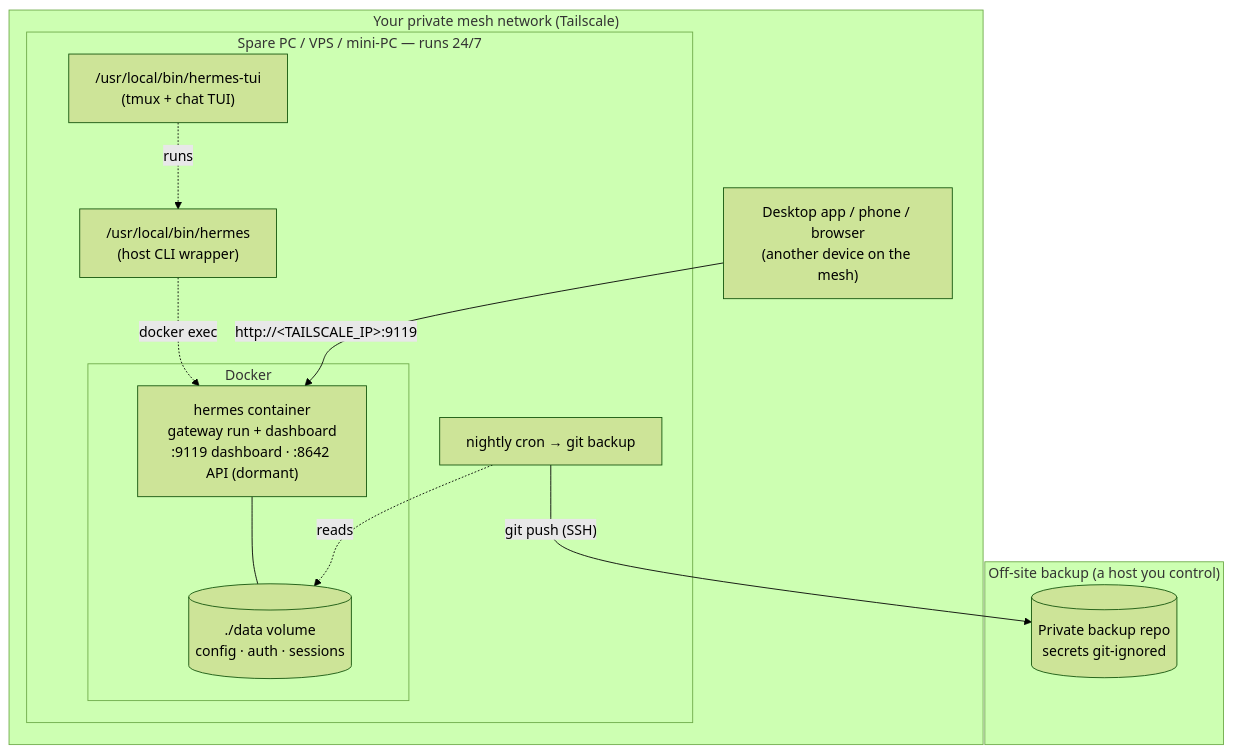
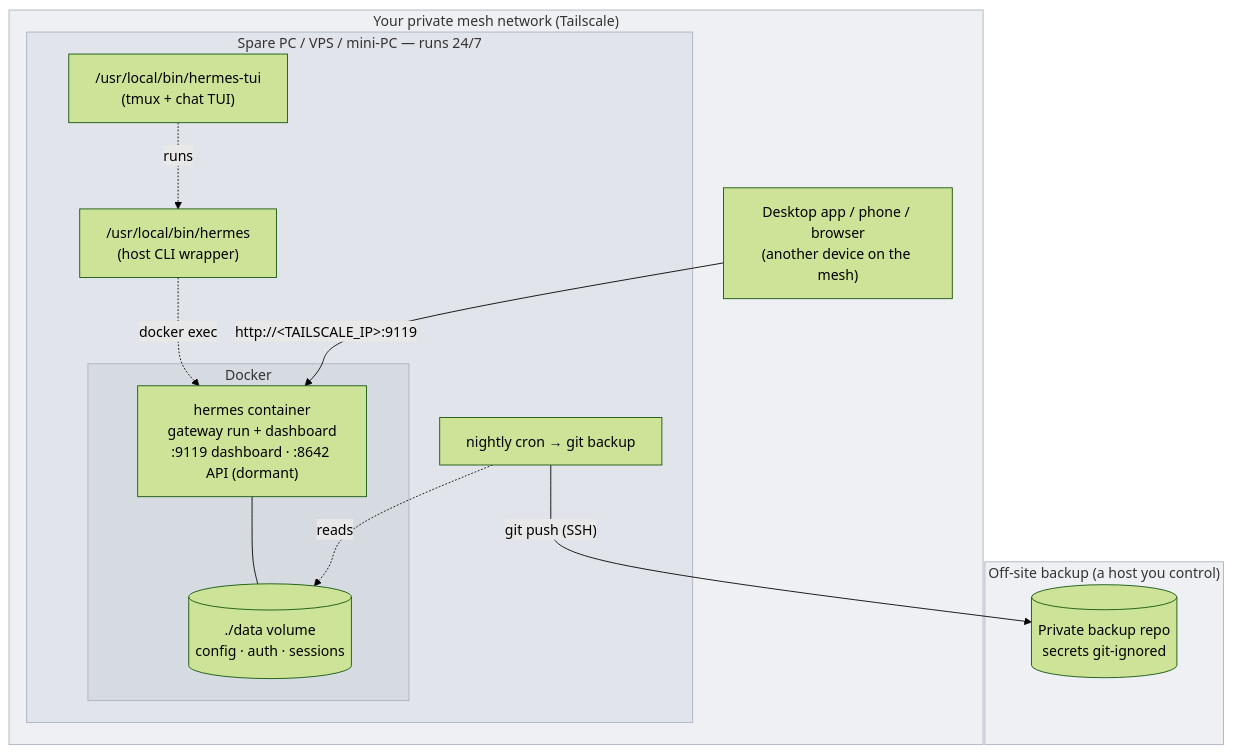
One commit to EpsilonLLC/run-your-own-ai-agent changed the diagram in README.md. Above: the diagram before and after it, drawn with Mermaid (forest theme).

Commit message:
docs: uniform gray fill across all diagram subgraphs
Give mesh, box, docker, and off-site backup the same translucent gray fill so
the off-site box matches the rest instead of rendering dark/empty.

````diff
--- a/README.md
+++ b/README.md
@@ -103,24 +103,28 @@
 ```mermaid
 flowchart TB
     subgraph mesh["Your private mesh network (Tailscale)"]
         subgraph box["Spare PC / VPS / mini-PC — runs 24/7"]
             subgraph docker["Docker"]
                 hermes["hermes container<br/>gateway run + dashboard<br/>:9119 dashboard · :8642 API (dormant)"]
                 data[("./data volume<br/>config · auth · sessions")]
                 hermes --- data
             end
             cli["/usr/local/bin/hermes<br/>(host CLI wrapper)"]
             tui["/usr/local/bin/hermes-tui<br/>(tmux + chat TUI)"]
             cron["nightly cron → git backup"]
             cli -. docker exec .-> hermes
             tui -. runs .-> cli
             cron -. reads .-> data
         end
         desktop["Desktop app / phone / browser<br/>(another device on the mesh)"]
         desktop -- "http://&lt;TAILSCALE_IP&gt;:9119" --> hermes
     end
     subgraph offsite["Off-site backup (a host you control)"]
         repo[("Private backup repo<br/>secrets git-ignored")]
     end
     cron -- "git push (SSH)" --> repo
+    style mesh fill:#aab2c033,stroke:#aab2c0
+    style box fill:#aab2c033,stroke:#aab2c0
+    style docker fill:#aab2c033,stroke:#aab2c0
+    style offsite fill:#aab2c033,stroke:#aab2c0
 ```
````
